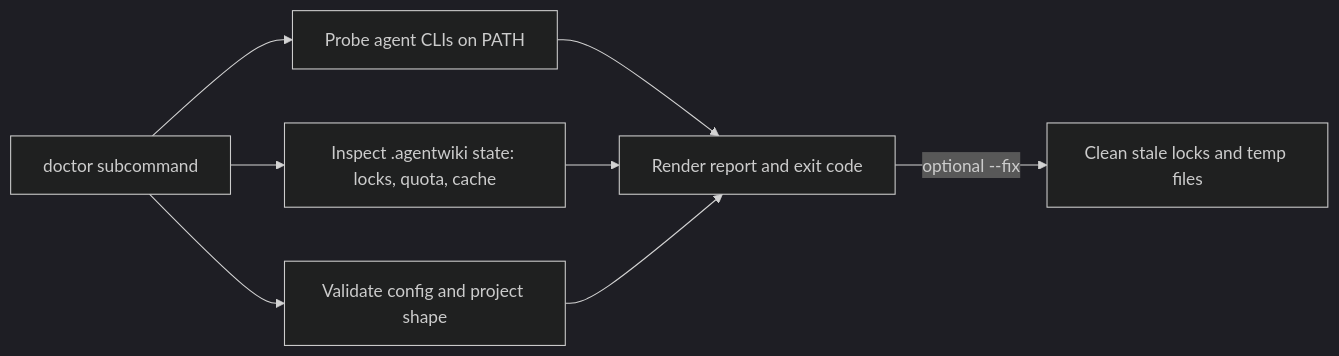
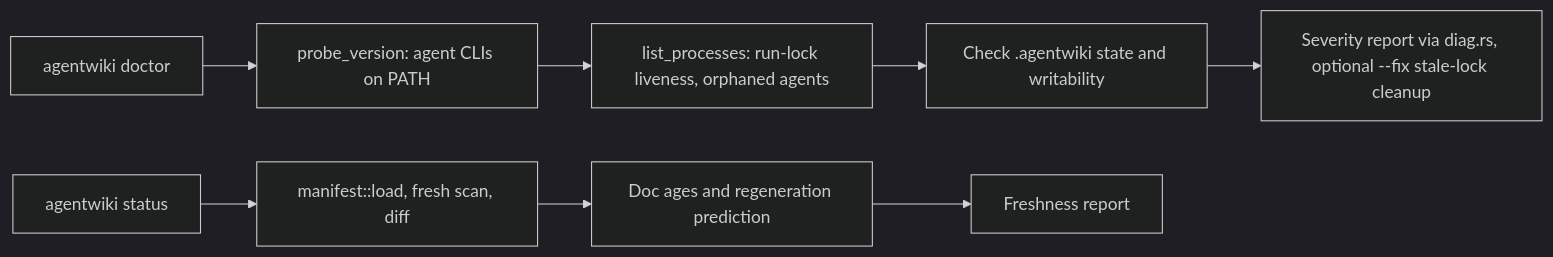
Before and after one commit to tidusvn05/agentwiki: the fourth of 5 diagrams in docs/en/3.Workflow.md, drawn with Mermaid (dark theme). The commit also changed other lines of this file and 41 other files, not shown here.

````diff
--- a/docs/en/3.Workflow.md
+++ b/docs/en/3.Workflow.md
@@ -96,10 +87,11 @@
 ```mermaid
 flowchart LR
-    A[doctor subcommand] --> B[Probe agent CLIs on PATH]
-    A --> C[Inspect .agentwiki state: locks, quota, cache]
-    A --> D[Validate config and project shape]
-    B --> E[Render report and exit code]
-    C --> E
-    D --> E
-    E -->|optional --fix| F[Clean stale locks and temp files]
+    A[agentwiki doctor] --> B[probe_version: agent CLIs on PATH]
+    B --> C[list_processes: run-lock liveness, orphaned agents]
+    C --> D[Check .agentwiki state and writability]
+    D --> E[Severity report via diag.rs, optional --fix stale-lock cleanup]
+
+    F[agentwiki status] --> G[manifest::load, fresh scan, diff]
+    G --> H[Doc ages and regeneration prediction]
+    H --> I[Freshness report]
 ```
````
